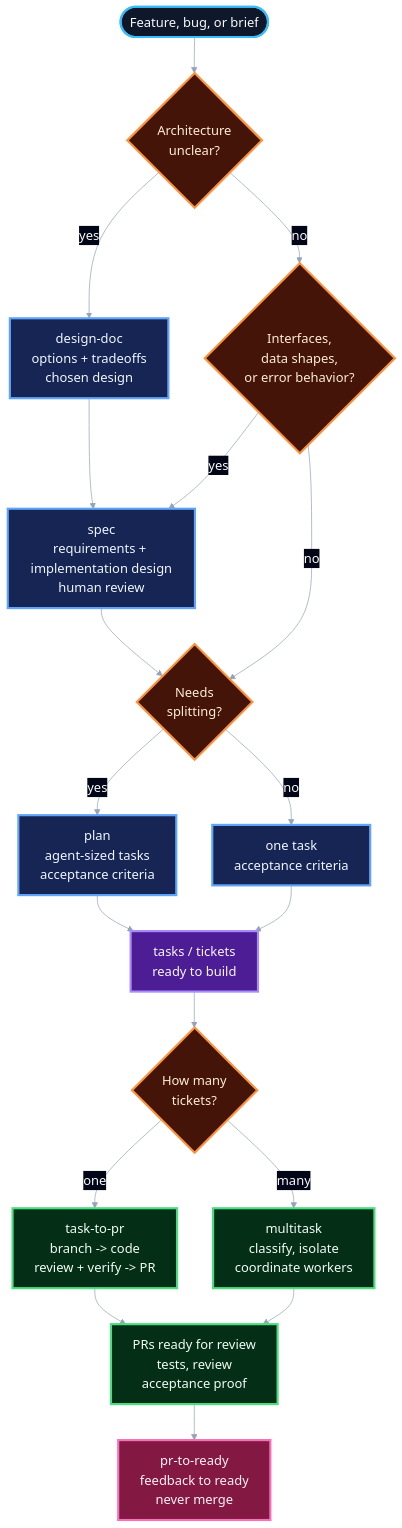
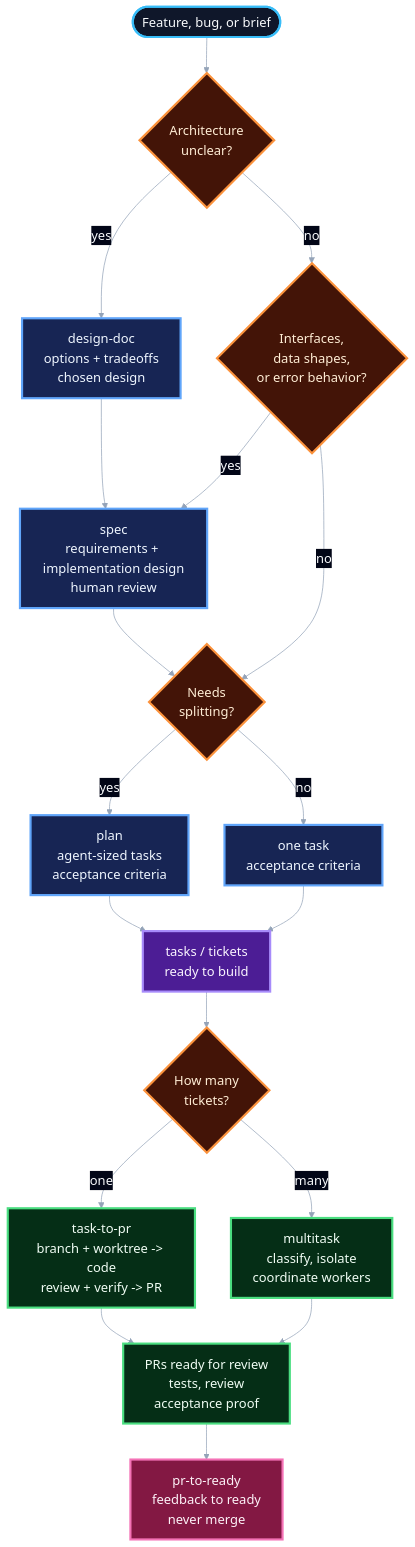
One commit to owainlewis/blueprint changed the first of 2 diagrams in README.md. Above: the diagram before and after it, drawn with Mermaid. The commit also changed other lines of this file and 2 other files, not shown here.

Commit message:
docs: make task-to-pr worktree first (#31)

````diff
--- a/README.md
+++ b/README.md
@@ -20,47 +20,47 @@
 ```mermaid
 %%{init: {"theme": "base", "themeVariables": {"fontFamily": "Inter, ui-sans-serif, system-ui", "fontSize": "18px", "primaryTextColor": "#f8fafc", "tertiaryTextColor": "#f8fafc", "lineColor": "#94a3b8", "edgeLabelBackground": "#020617"}}}%%
 flowchart TD
     Request([Feature, bug, or brief])
 
     Ambiguous{Architecture<br/>unclear?}
     Design["design-doc<br/>options + tradeoffs<br/>chosen design"]
     SpecGate{Interfaces,<br/>data shapes,<br/>or error behavior?}
     Spec["spec<br/>requirements + implementation design<br/>human review"]
     Split{Needs<br/>splitting?}
     Plan["plan<br/>agent-sized tasks<br/>acceptance criteria"]
     Direct["one task<br/>acceptance criteria"]
     Handoff["tasks / tickets<br/>ready to build"]
 
     Count{How many<br/>tickets?}
-    Single["task-to-pr<br/>branch -> code<br/>review + verify -> PR"]
+    Single["task-to-pr<br/>branch + worktree -> code<br/>review + verify -> PR"]
     Multi["multitask<br/>classify, isolate<br/>coordinate workers"]
     PRs["PRs ready for review<br/>tests, review<br/>acceptance proof"]
     Ready["pr-to-ready<br/>feedback to ready<br/>never merge"]
 
     Request --> Ambiguous
     Ambiguous -->|yes| Design --> Spec
     Ambiguous -->|no| SpecGate
     SpecGate -->|yes| Spec
     SpecGate -->|no| Split
     Spec --> Split
     Split -->|yes| Plan --> Handoff
     Split -->|no| Direct --> Handoff
     Handoff --> Count
     Count -->|one| Single --> PRs
     Count -->|many| Multi --> PRs
     PRs --> Ready
 
     classDef start fill:#0f172a,stroke:#38bdf8,stroke-width:3px,color:#f8fafc,font-size:18px;
     classDef decision fill:#431407,stroke:#fb923c,stroke-width:3px,color:#ffedd5,font-size:18px;
     classDef decide fill:#172554,stroke:#60a5fa,stroke-width:3px,color:#eff6ff,font-size:18px;
     classDef handoff fill:#4c1d95,stroke:#a78bfa,stroke-width:3px,color:#faf5ff,font-size:18px;
     classDef deliver fill:#052e16,stroke:#4ade80,stroke-width:3px,color:#f0fdf4,font-size:18px;
     classDef feedback fill:#831843,stroke:#f472b6,stroke-width:3px,color:#fdf2f8,font-size:18px;
 
     class Request start;
     class Ambiguous,SpecGate,Split,Count decision;
     class Design,Spec,Plan,Direct decide;
     class Handoff handoff;
     class Single,Multi,PRs deliver;
     class Ready feedback;
 ```
````
